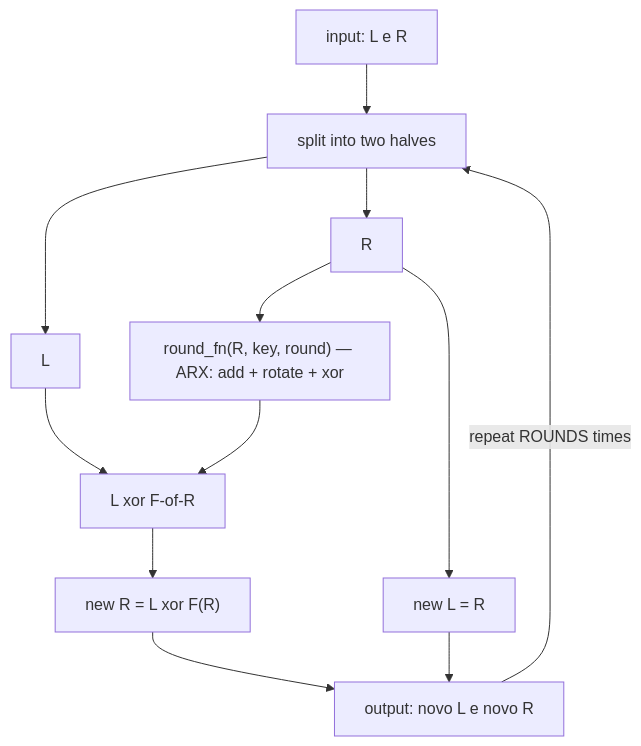
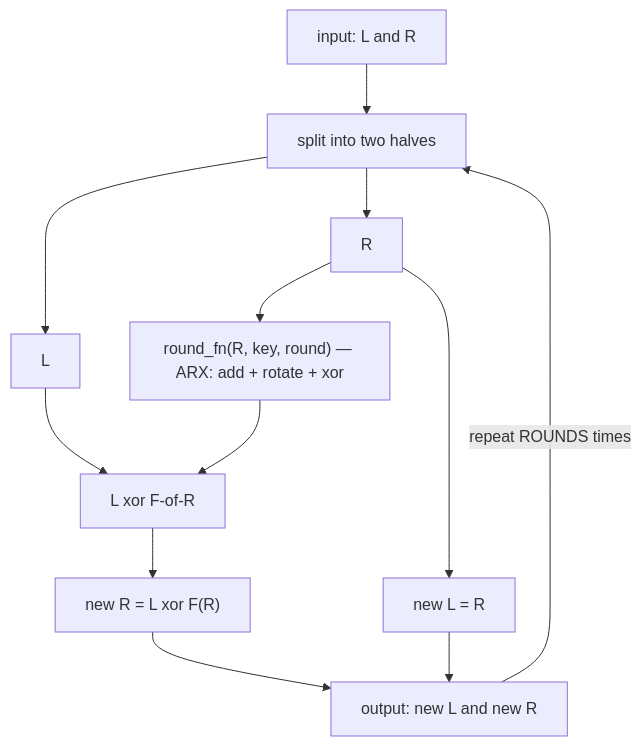
The fourth of 5 diagrams in docs/ARCHITECTURE.md (lucasolopes/quark), drawn with Mermaid before and after one commit. The commit also changed other lines of this file and 15 other files, not shown here.

````diff
--- a/docs/ARCHITECTURE.md
+++ b/docs/ARCHITECTURE.md
@@ -91,14 +93,14 @@
 ```mermaid
 flowchart TB
-    In["input: L e R"] --> Split[split into two halves]
+    In["input: L and R"] --> Split[split into two halves]
     Split --> L0[L]
     Split --> R0[R]
     R0 --> F["round_fn(R, key, round) — ARX: add + rotate + xor"]
     L0 --> XOR[L xor F-of-R]
     F --> XOR
     XOR --> NewR["new R = L xor F(R)"]
     R0 --> NewL["new L = R"]
-    NewL --> Out["output: novo L e novo R"]
+    NewL --> Out["output: new L and new R"]
     NewR --> Out
     Out -->|repeat ROUNDS times| Split
 ```
````
